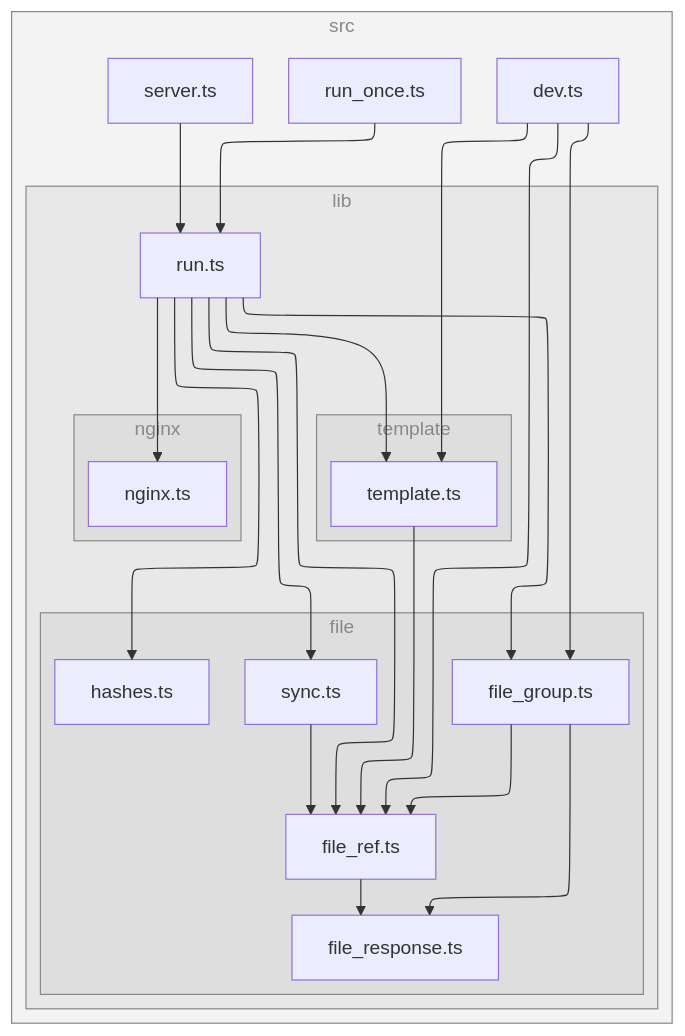
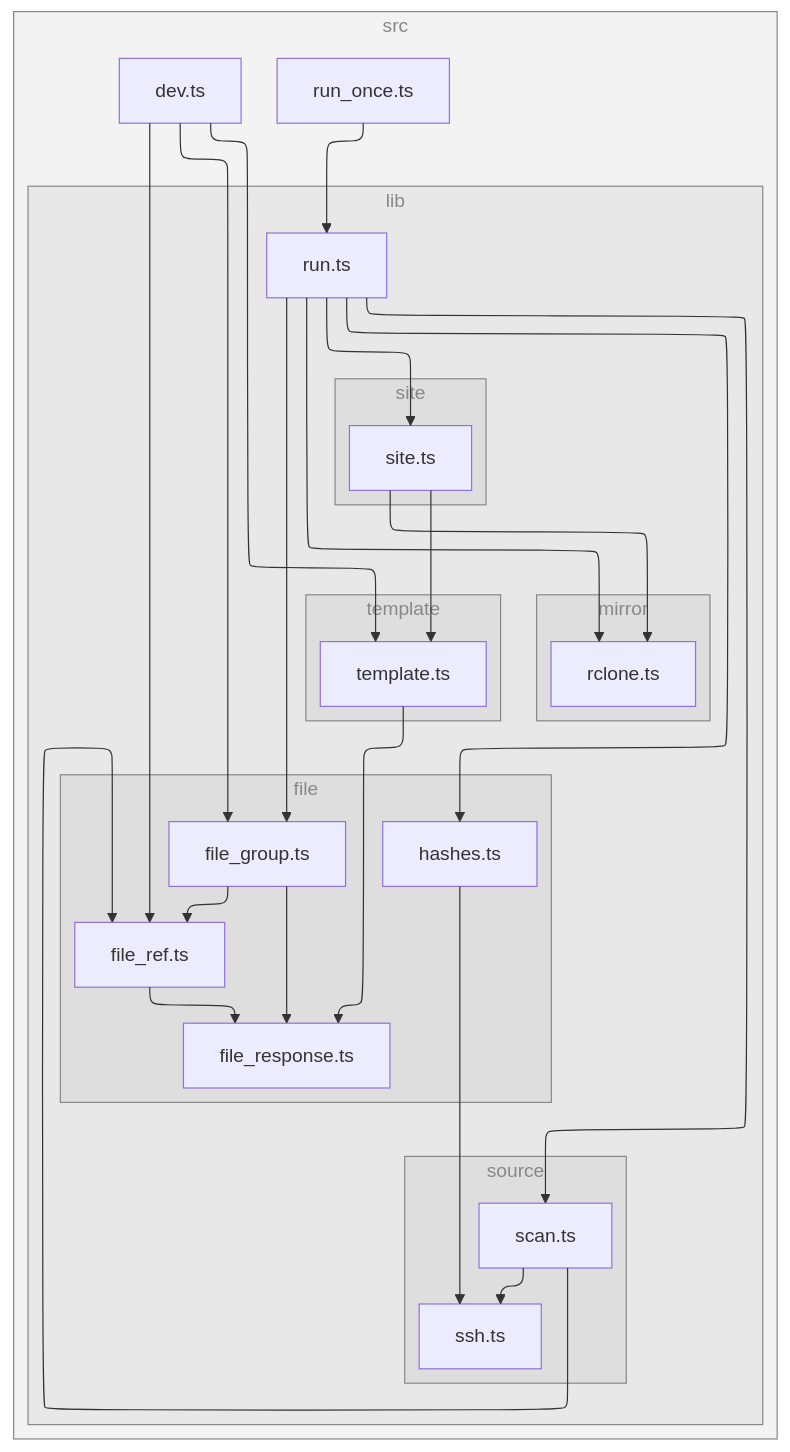
One commit to versatiles-org/download.versatiles.org changed the diagram in README.md. Above: the diagram before and after it, drawn with Mermaid. The commit also changed other lines of this file, not shown here.

Commit message:
docs: update README to reflect repository re-implementation and removal of NGINX/WebDAV stack

````diff
--- a/README.md
+++ b/README.md
@@ -155,48 +164,55 @@
 ```mermaid
 ---
 config:
   layout: elk
 ---
 flowchart TB
 
 subgraph 0["src"]
 1["dev.ts"]
 subgraph 2["lib"]
 subgraph 3["file"]
 4["file_group.ts"]
 5["file_ref.ts"]
 6["file_response.ts"]
 9["hashes.ts"]
-A["sync.ts"]
 end
 subgraph 7["template"]
 8["template.ts"]
 end
-subgraph B["nginx"]
-C["nginx.ts"]
+subgraph A["source"]
+B["ssh.ts"]
+H["scan.ts"]
 end
-D["run.ts"]
+subgraph C["mirror"]
+D["rclone.ts"]
 end
-E["run_once.ts"]
-F["server.ts"]
+E["run.ts"]
+subgraph F["site"]
+G["site.ts"]
+end
+end
+I["run_once.ts"]
 end
 1-->4
 1-->5
 1-->8
 4-->5
 4-->6
 5-->6
-8-->5
-A-->5
-D-->4
-D-->5
-D-->9
-D-->A
-D-->C
-D-->8
+8-->6
+9-->B
+E-->4
+E-->9
 E-->D
-F-->D
+E-->G
+E-->H
+G-->D
+G-->8
+H-->5
+H-->B
+I-->E
 
-class 0,2,3,7,B subgraphs;
+class 0,2,3,7,A,C,F subgraphs;
 classDef subgraphs fill-opacity:0.1, fill:#888, color:#888, stroke:#888;
 ```
````
